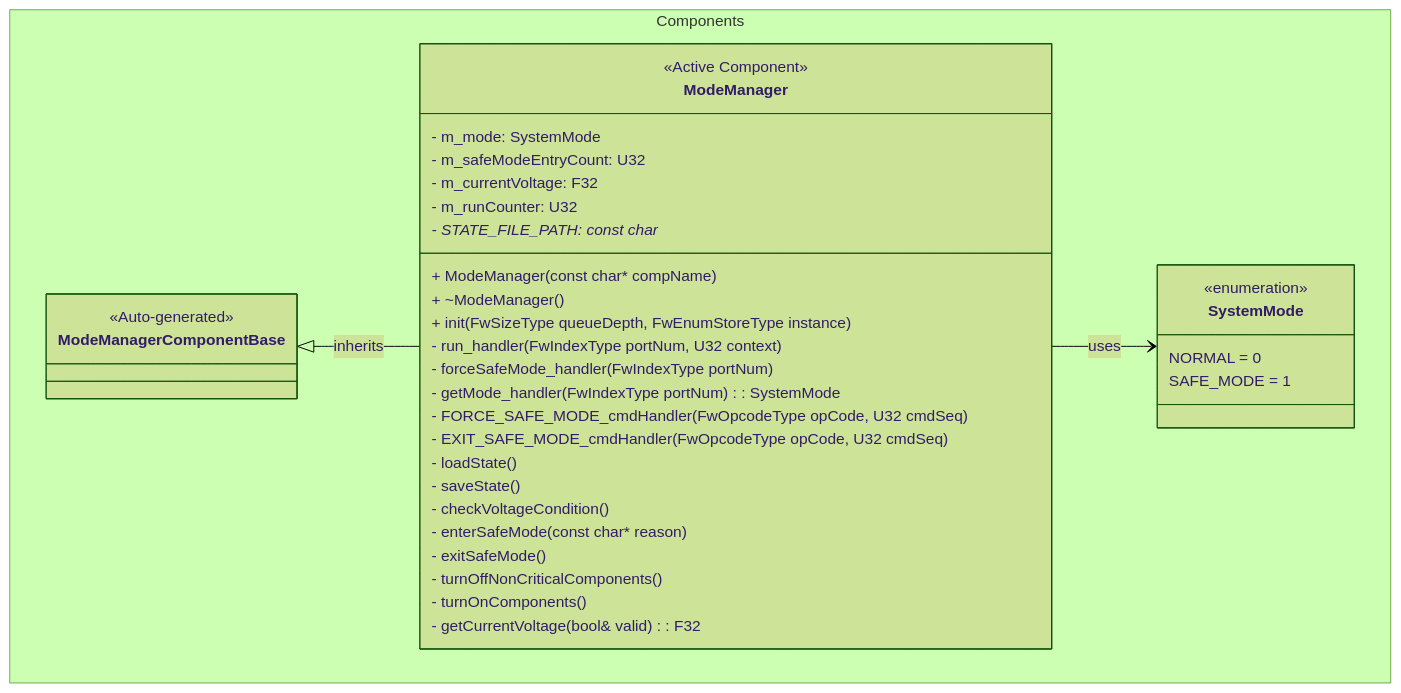
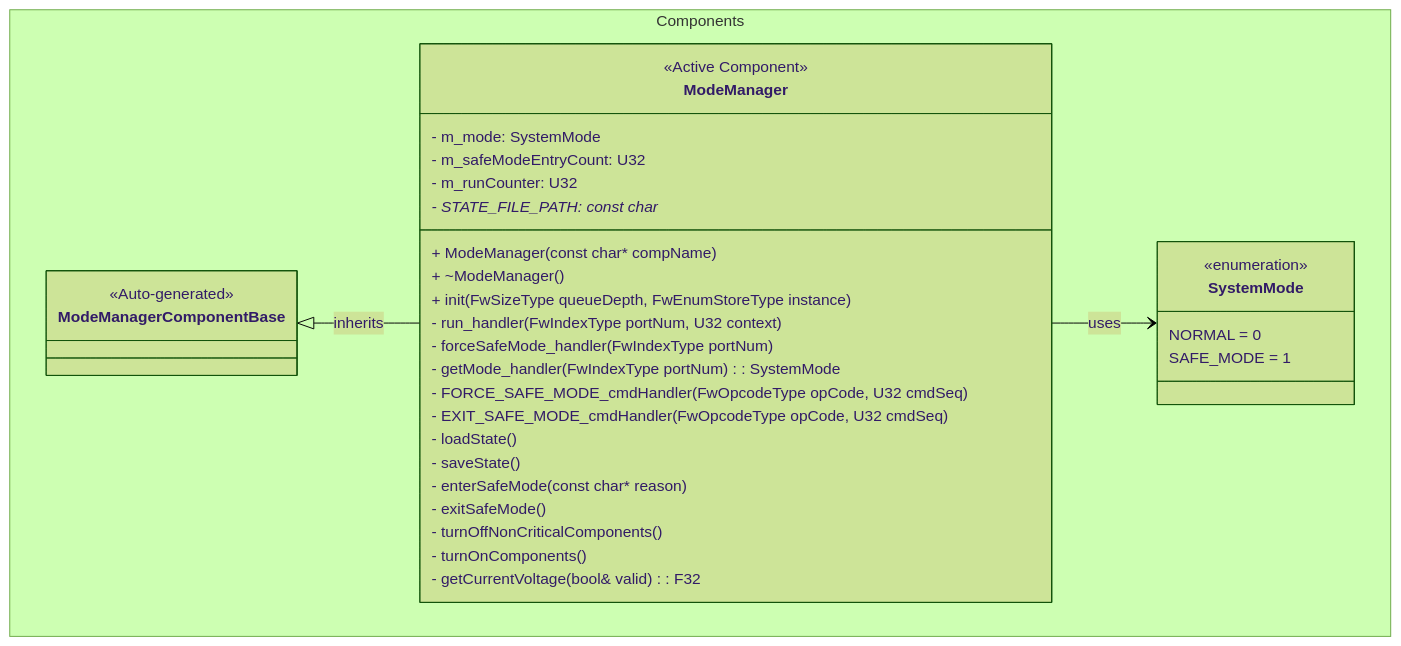
One commit to Open-Source-Space-Foundation/proves-core-reference changed the first of 6 diagrams in FprimeZephyrReference/Components/ModeManager/docs/sdd.md. Above: the diagram before and after it, drawn with Mermaid (forest theme). The commit also changed other lines of this file and 5 other files, not shown here.

````diff
--- a/FprimeZephyrReference/Components/ModeManager/docs/sdd.md
+++ b/FprimeZephyrReference/Components/ModeManager/docs/sdd.md
@@ -76,39 +73,37 @@
 ```mermaid
 classDiagram
     namespace Components {
         class ModeManagerComponentBase {
             <<Auto-generated>>
         }
         class ModeManager {
             <<Active Component>>
             - m_mode: SystemMode
             - m_safeModeEntryCount: U32
-            - m_currentVoltage: F32
             - m_runCounter: U32
             - STATE_FILE_PATH: const char*
             + ModeManager(const char* compName)
             + ~ModeManager()
             + init(FwSizeType queueDepth, FwEnumStoreType instance)
             - run_handler(FwIndexType portNum, U32 context)
             - forceSafeMode_handler(FwIndexType portNum)
             - getMode_handler(FwIndexType portNum): SystemMode
             - FORCE_SAFE_MODE_cmdHandler(FwOpcodeType opCode, U32 cmdSeq)
             - EXIT_SAFE_MODE_cmdHandler(FwOpcodeType opCode, U32 cmdSeq)
             - loadState()
             - saveState()
-            - checkVoltageCondition()
             - enterSafeMode(const char* reason)
             - exitSafeMode()
             - turnOffNonCriticalComponents()
             - turnOnComponents()
             - getCurrentVoltage(bool& valid): F32
         }
         class SystemMode {
             <<enumeration>>
             NORMAL = 0
             SAFE_MODE = 1
         }
     }
     ModeManagerComponentBase <|-- ModeManager : inherits
     ModeManager --> SystemMode : uses
 ```
````
